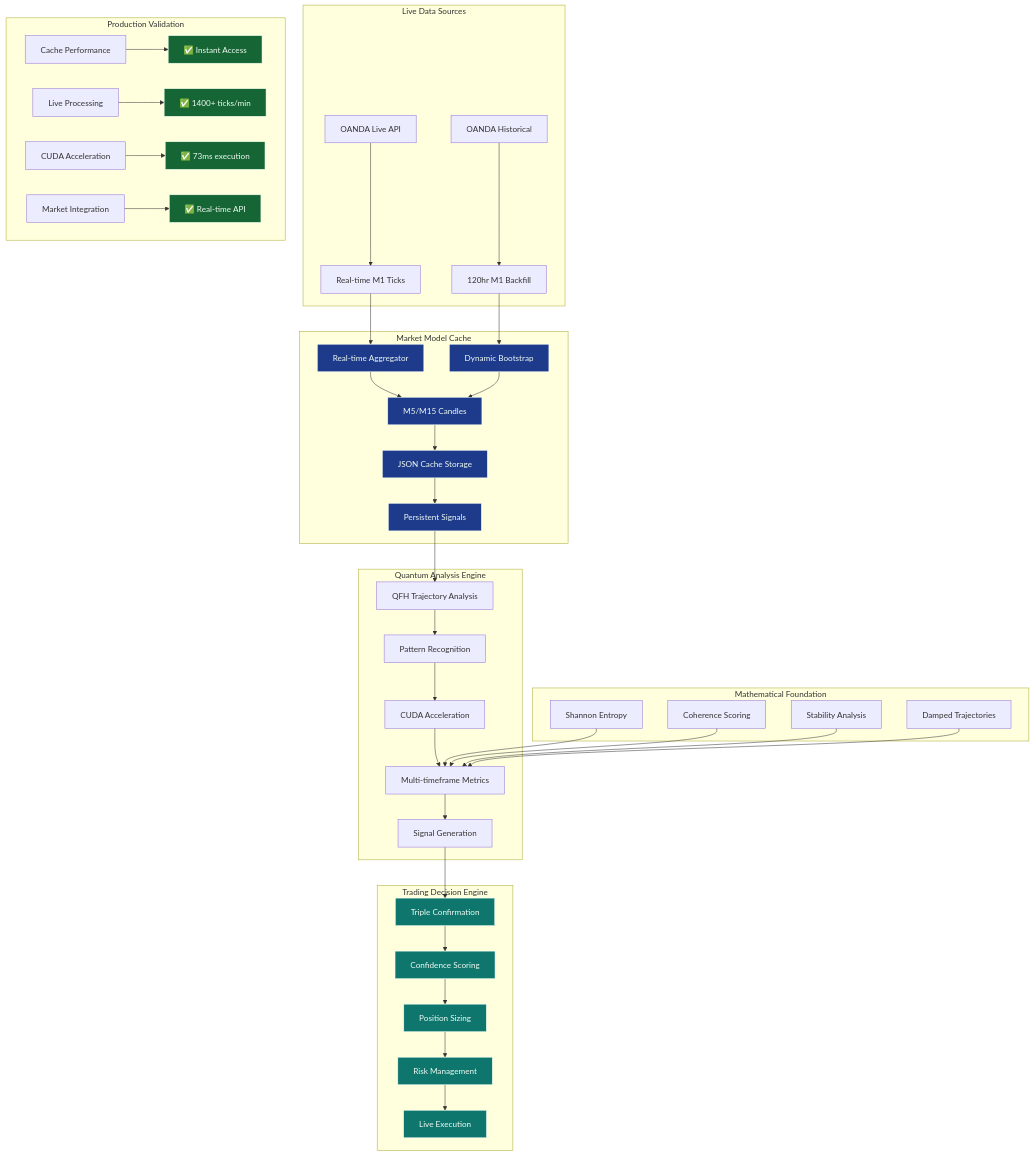
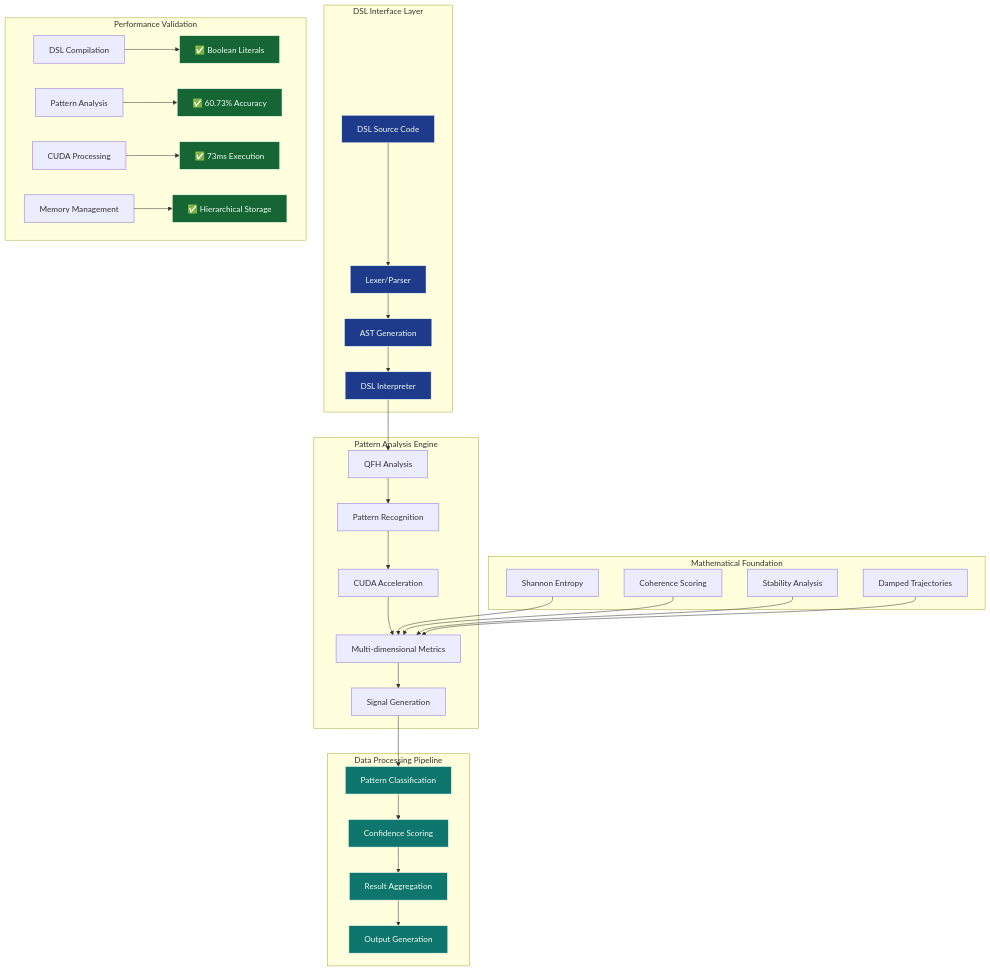
Before and after one commit to SepDynamics/sep-trader: the diagram in README.md, drawn with Mermaid. The commit also changed other lines of this file and 39 other files, not shown here.

````diff
--- a/README.md
+++ b/README.md
@@ -66,54 +102,45 @@
 ```mermaid
 graph TB
-    subgraph "Live Data Sources"
-        A[OANDA Live API] --> B[Real-time M1 Ticks]
-        C[OANDA Historical] --> D[120hr M1 Backfill]
+    subgraph "DSL Interface Layer"
+        A[DSL Source Code] --> B[Lexer/Parser]
+        B --> C[AST Generation]
+        C --> D[DSL Interpreter]
     end
     
-    subgraph "Market Model Cache"
-        B --> E[Real-time Aggregator]
-        D --> F[Dynamic Bootstrap]
-        E --> G[M5/M15 Candles]
-        F --> G
-        G --> H[JSON Cache Storage]
-        H --> I[Persistent Signals]
-    end
-    
-    subgraph "Quantum Analysis Engine" 
-        I --> J[QFH Trajectory Analysis]
-        J --> K[Pattern Recognition]
-        K --> L[CUDA Acceleration]
-        L --> M[Multi-timeframe Metrics]
-        M --> N[Signal Generation]
+    subgraph "Pattern Analysis Engine" 
+        D --> E[QFH Analysis]
+        E --> F[Pattern Recognition]
+        F --> G[CUDA Acceleration]
+        G --> H[Multi-dimensional Metrics]
+        H --> I[Signal Generation]
     end
     
     subgraph "Mathematical Foundation"
-        O[Shannon Entropy] --> M
-        P[Coherence Scoring] --> M
-        Q[Stability Analysis] --> M
-        R[Damped Trajectories] --> M
+        J[Shannon Entropy] --> H
+        K[Coherence Scoring] --> H
+        L[Stability Analysis] --> H
+        M[Damped Trajectories] --> H
     end
     
-    subgraph "Trading Decision Engine"
-        N --> S[Triple Confirmation]
-        S --> T[Confidence Scoring]
-        T --> U[Position Sizing]
-        U --> V[Risk Management]
-        V --> W[Live Execution]
+    subgraph "Data Processing Pipeline"
+        I --> N[Pattern Classification]
+        N --> O[Confidence Scoring]
+        O --> P[Result Aggregation]
+        P --> Q[Output Generation]
     end
     
-    subgraph "Production Validation"
-        X[Cache Performance] --> Y[✅ Instant Access]
-        Z[Live Processing] --> AA[✅ 1400+ ticks/min]
-        BB[CUDA Acceleration] --> CC[✅ 73ms execution]
-        DD[Market Integration] --> EE[✅ Real-time API]
+    subgraph "Performance Validation"
+        R[DSL Compilation] --> S[✅ Boolean Literals]
+        T[Pattern Analysis] --> U[✅ 60.73% Accuracy]
+        V[CUDA Processing] --> W[✅ 73ms Execution]
+        X[Memory Management] --> Y[✅ Hierarchical Storage]
     end
     
-    classDef cache fill:#1e3a8a,stroke:#f0fdf4,color:#f0fdf4
+    classDef dsl fill:#1e3a8a,stroke:#f0fdf4,color:#f0fdf4
     classDef validated fill:#166534,stroke:#f0fdf4,color:#f0fdf4
     classDef performance fill:#0f766e,stroke:#f0fdf4,color:#f0fdf4
     
-    class E,F,G,H,I cache
-    class Y,AA,CC,EE validated
-    class S,T,U,V,W performance
+    class A,B,C,D dsl
+    class S,U,W,Y validated
+    class N,O,P,Q performance
 ```
````
